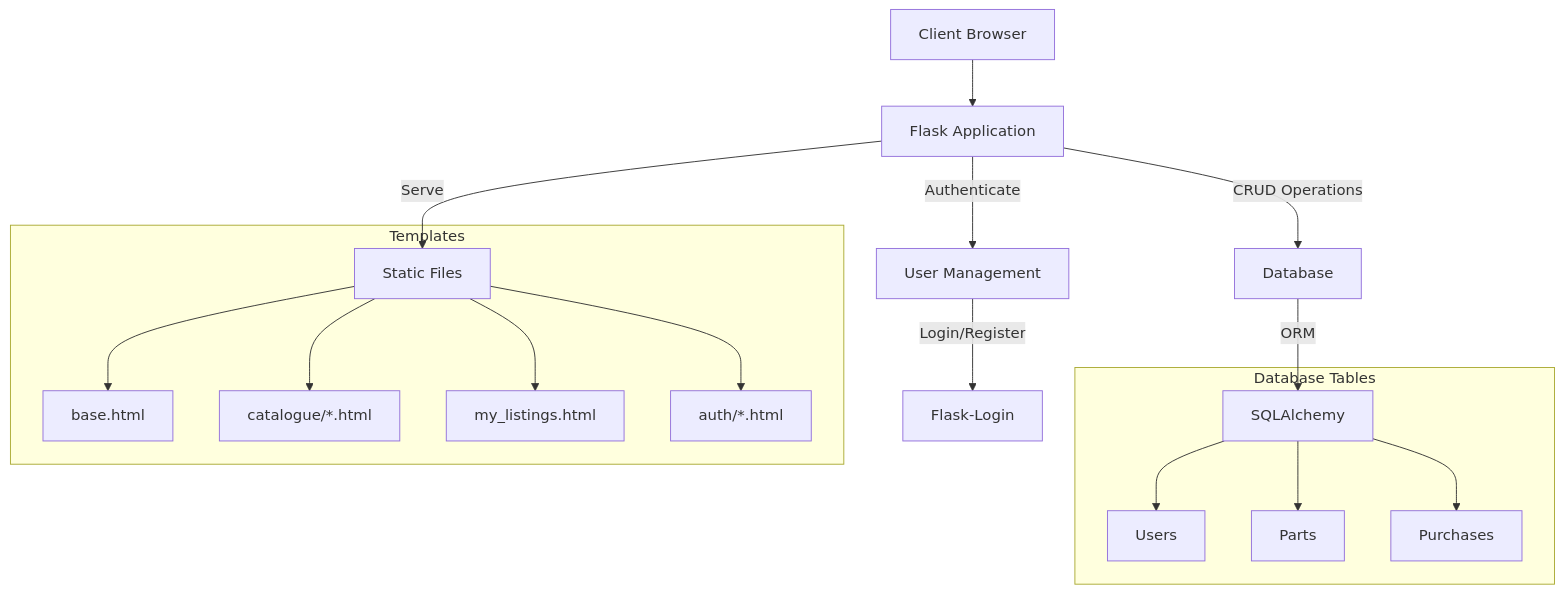
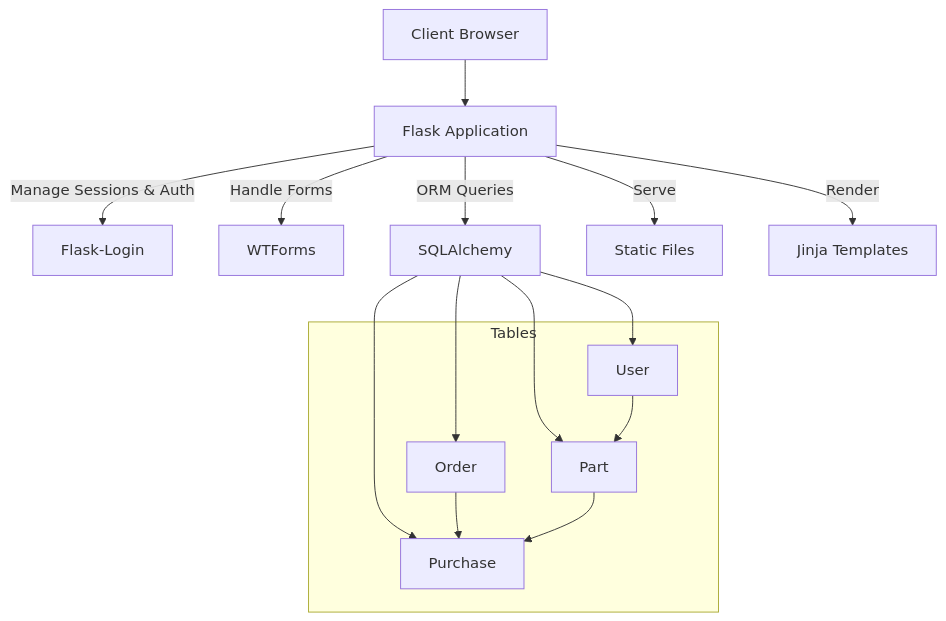
Before and after one commit to timluh98/FS-Webapp: the diagram in docs/technical-docs/architecture.md, drawn with Mermaid. The commit also changed other lines of this file and 5 other files, not shown here.

````diff
--- a/docs/technical-docs/architecture.md
+++ b/docs/technical-docs/architecture.md
@@ -24,23 +24,20 @@
 ```mermaid
 graph TD
     A[Client Browser] --> B[Flask Application]
-    B --> |Authenticate| C[User Management]
-    B --> |CRUD Operations| D[Database]
-    B --> |Serve| E[Static Files]
-    
-    C --> |Login/Register| F[Flask-Login]
-    D --> |ORM| G[SQLAlchemy]
-    
-    subgraph Database Tables
-        G --> H[Users]
-        G --> I[Parts]
-        G --> J[Purchases]
-    end
-    
-    subgraph Templates
-        E --> K[base.html]
-        E --> L[catalogue/*.html]
-        E --> M[my_listings.html]
-        E --> N[auth/*.html]
+    B --> |Manage Sessions & Auth| C[Flask-Login]
+    B --> |Handle Forms| D[WTForms]
+    B --> |ORM Queries| E[SQLAlchemy]
+    B --> |Serve| F[Static Files]
+    B --> |Render| G[Jinja Templates]
+
+    E --> U[User]
+    E --> P[Part]
+    E --> O[Order]
+    E --> R[Purchase]
+
+    subgraph Tables
+        U --> P
+        O --> R
+        P --> R
     end
 ```
````
